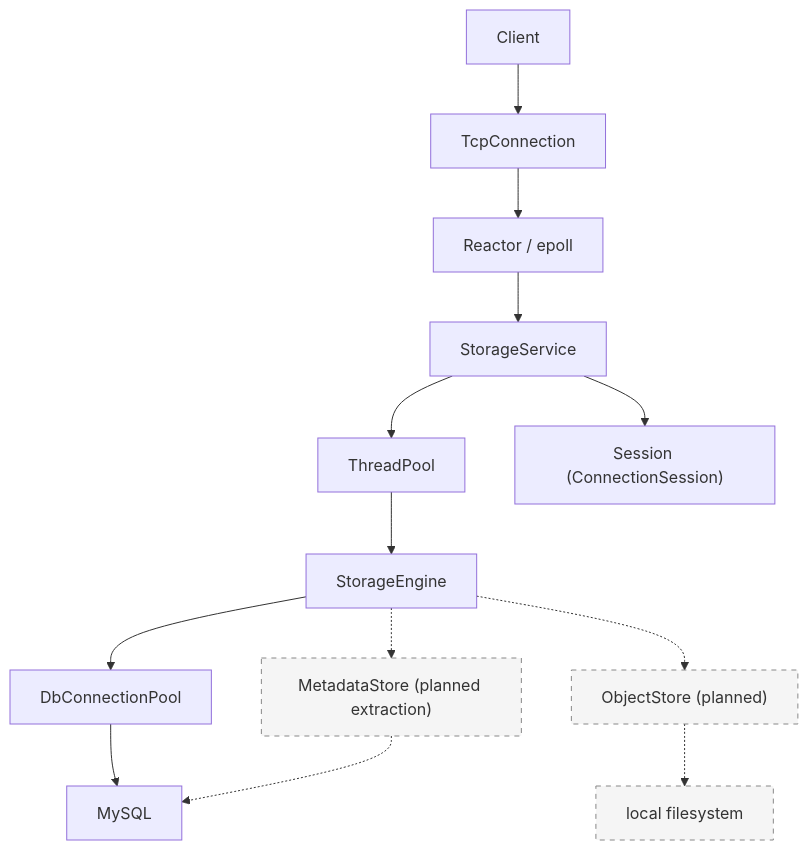
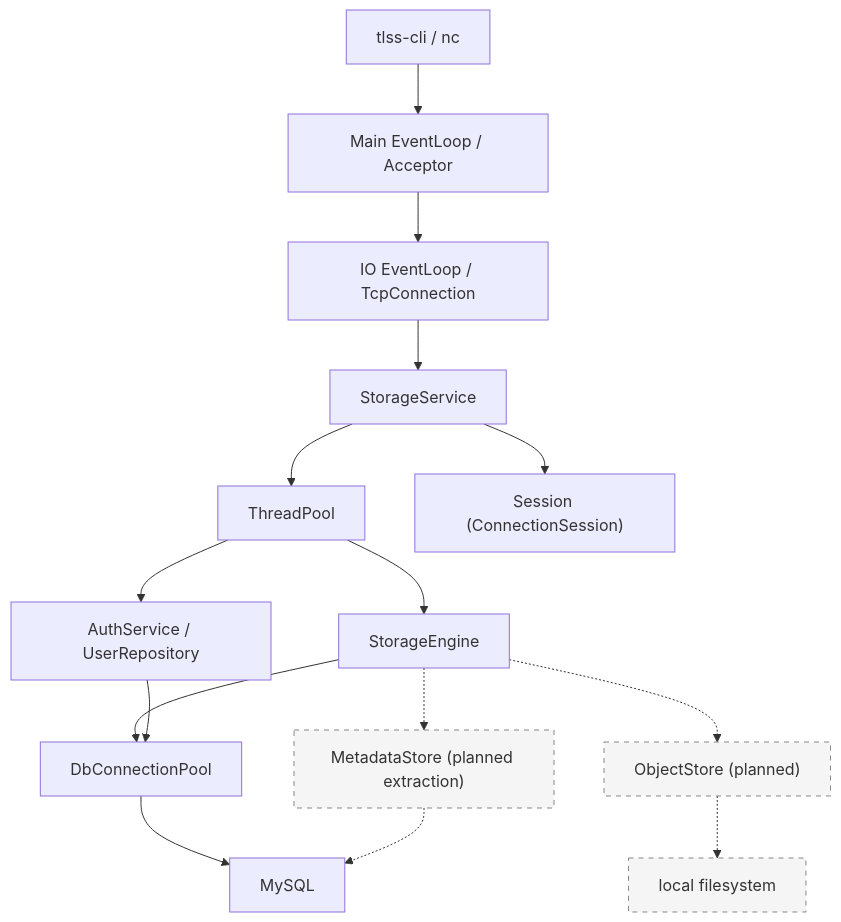
The diagram in README.es.md (ClarkY0505/cpp_TLFSS), drawn with Mermaid before and after one commit. The commit also changed other lines of this file, not shown here.

````diff
--- a/README.es.md
+++ b/README.es.md
@@ -44,18 +79,20 @@
 ```mermaid
 flowchart TD
-    Client[Client] --> Connection[TcpConnection]
-    Connection --> Reactor[Reactor / epoll]
-    Reactor --> Service[StorageService]
+    Client[tlss-cli / nc] --> Acceptor[Main EventLoop / Acceptor]
+    Acceptor --> Connection[IO EventLoop / TcpConnection]
+    Connection --> Service[StorageService]
     Service --> Workers[ThreadPool]
     Service --> Session["Session (ConnectionSession)"]
     Workers --> Engine[StorageEngine]
+    Workers --> Auth[AuthService / UserRepository]
     Engine --> Pool[DbConnectionPool]
+    Auth --> Pool
     Pool --> MySQL[MySQL]
     Engine -.-> Metadata["MetadataStore (planned extraction)"]
     Engine -.-> Objects["ObjectStore (planned)"]
     Metadata -.-> MySQL
     Objects -.-> Filesystem[local filesystem]
 
     classDef planned fill:#f5f5f5,stroke:#888,stroke-dasharray:5 5
     class Metadata,Objects,Filesystem planned
 ```
````
